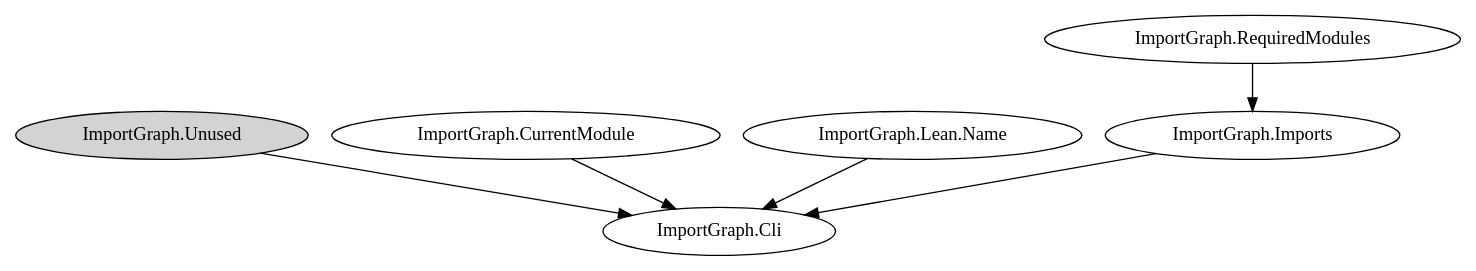
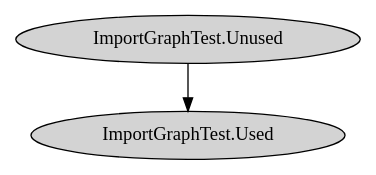
One commit to leanprover-community/import-graph changed the diagram in ImportGraphTest/expected.dot. Above: the diagram before and after it, drawn with Graphviz. The commit also changed 4 other files, not shown here.

Commit message:
move Unused.lean to the test directory

```diff
--- a/ImportGraphTest/expected.dot
+++ b/ImportGraphTest/expected.dot
@@ -1,13 +1,5 @@
 digraph "import_graph" {
-  "ImportGraph.Unused" [style=filled, fillcolor=lightgray];
-  "ImportGraph.CurrentModule";
-  "ImportGraph.Lean.Name";
-  "ImportGraph.RequiredModules";
-  "ImportGraph.Imports";
-  "ImportGraph.RequiredModules" -> "ImportGraph.Imports";
-  "ImportGraph.Cli";
-  "ImportGraph.CurrentModule" -> "ImportGraph.Cli";
-  "ImportGraph.Imports" -> "ImportGraph.Cli";
-  "ImportGraph.Lean.Name" -> "ImportGraph.Cli";
-  "ImportGraph.Unused" -> "ImportGraph.Cli";
+  "ImportGraphTest.Unused" [style=filled, fillcolor=lightgray];
+  "ImportGraphTest.Used" [style=filled, fillcolor=lightgray];
+  "ImportGraphTest.Unused" -> "ImportGraphTest.Used";
 }
```
